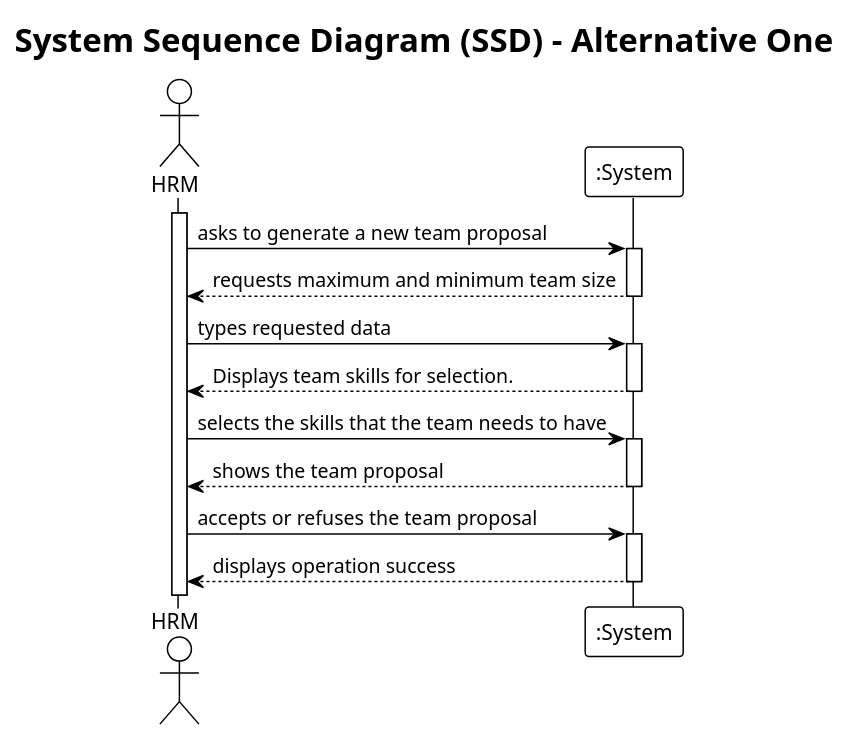
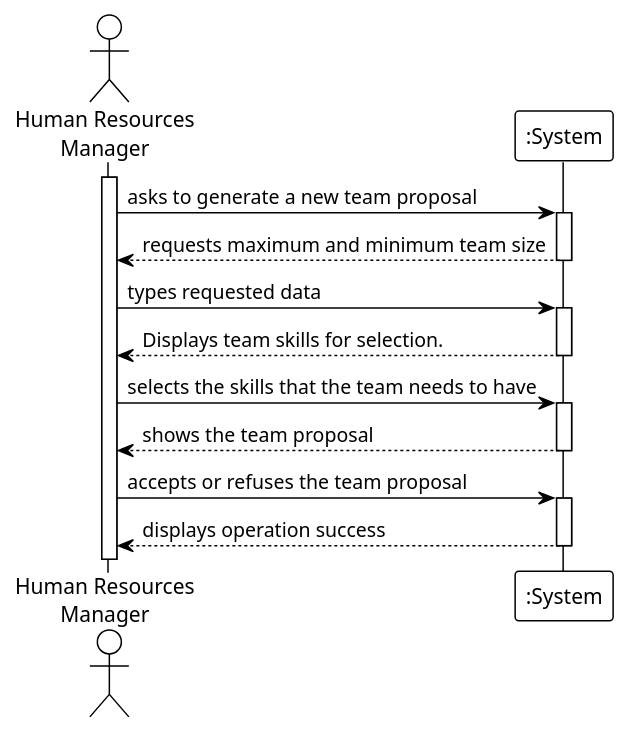
Before and after one commit to RicardoMorim/lapr2-ISEP-Project: the diagram in docs/sprintA/us005/01.requirements-engineering/puml/us005-alternative-one.puml, drawn with PlantUML. The commit also changed 9 other files, not shown here.

```diff
--- a/docs/sprintA/us005/01.requirements-engineering/puml/us005-alternative-one.puml
+++ b/docs/sprintA/us005/01.requirements-engineering/puml/us005-alternative-one.puml
@@ -1,37 +1,35 @@
 @startuml
 !theme plain
 
-title System Sequence Diagram (SSD) - Alternative One
 
-
-actor "HRM" as Employee
+actor "Human Resources\nManager" as Employee
 participant ":System" as System
 
 activate Employee
 
     Employee -> System : asks to generate a new team proposal
     activate System
 
         System --> Employee : requests maximum and minimum team size
     deactivate System
 
     Employee -> System : types requested data
     activate System
 
         System --> Employee : Displays team skills for selection.
     deactivate System
 
     Employee -> System : selects the skills that the team needs to have
 
     activate System
 
         System --> Employee : shows the team proposal
     deactivate System
 
     Employee -> System : accepts or refuses the team proposal
     activate System
 
         System --> Employee : displays operation success
     deactivate System
 
 @enduml
```
